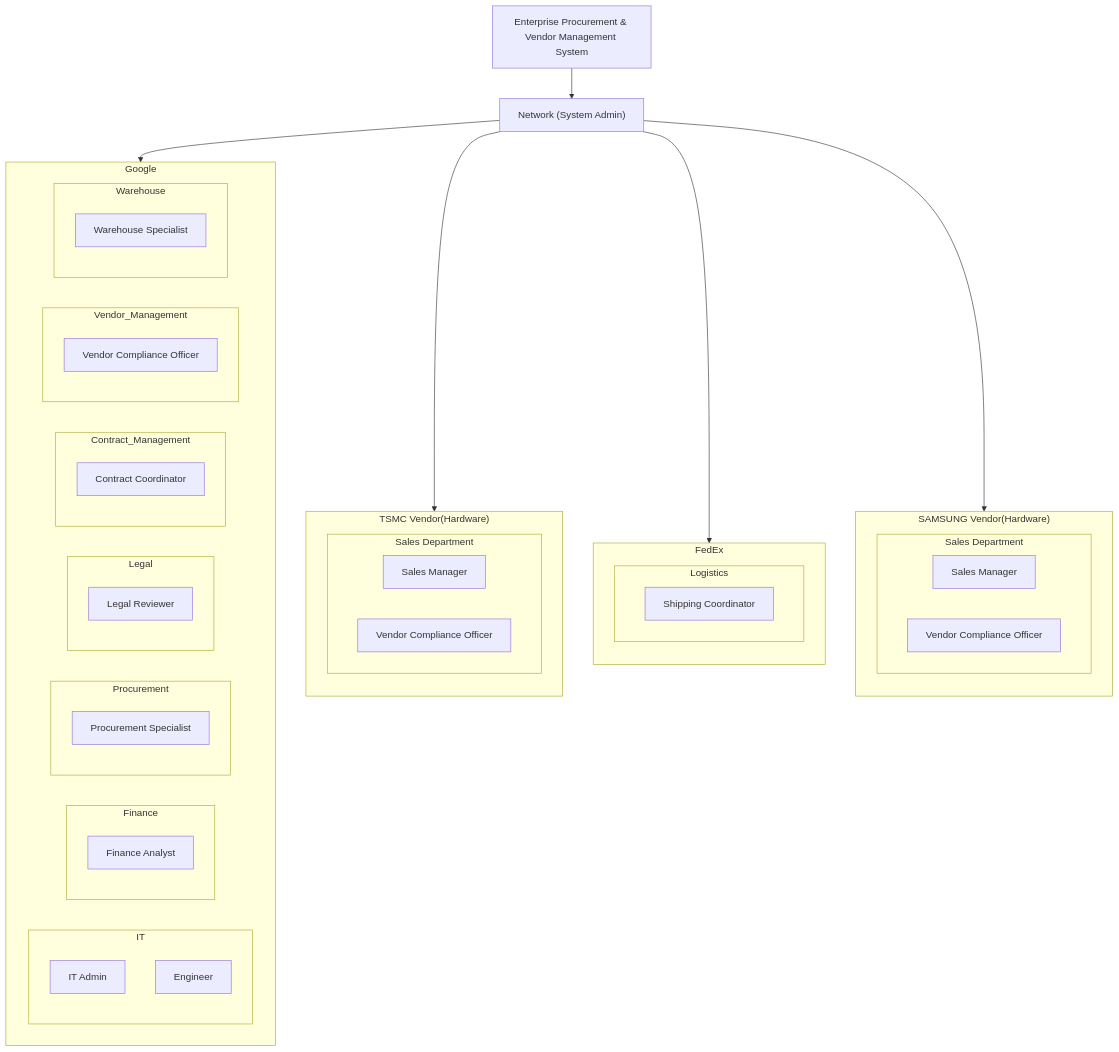
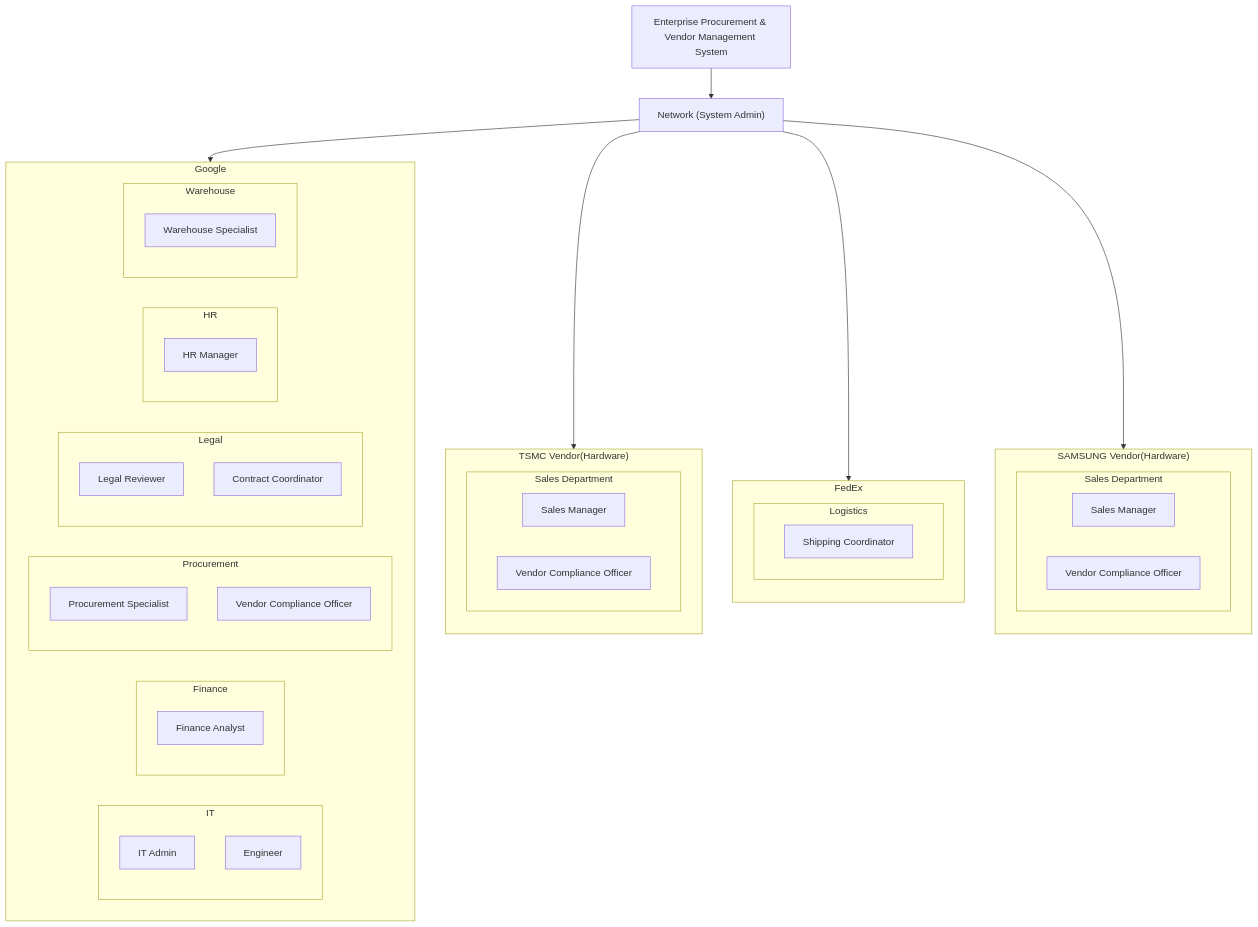
The first of 6 diagrams in README.md (IsaacTai123/procurement_ecosystem), drawn with Mermaid before and after one commit. The commit also changed 17 other files, not shown here.

````diff
--- a/README.md
+++ b/README.md
@@ -5,74 +5,72 @@
 ```mermaid
 flowchart TB
     A[Enterprise Procurement & Vendor Management System] 
     N["Network (System Admin)"]
 
     A --> N
     N --> Google
     N --> TSMC["TSMC Vendor(Hardware)"]
     N --> FedEx
     N --> SAMSUNG["SAMSUNG Vendor(Hardware)"]
 
     %% Google
     subgraph Google
         direction LR
 
         subgraph IT
             A1_1[IT Admin]
             A1_2[Engineer]
         end
 
         subgraph Finance
             A2_1[Finance Analyst]
         end
 
         subgraph Procurement
             A3_1[Procurement Specialist]
+            A3_2[Vendor Compliance Officer]
         end
 
         subgraph Legal
             A4_1[Legal Reviewer]
+            A4_2[Contract Coordinator]
         end
-
-        subgraph Contract_Management
-            A5_1[Contract Coordinator]
-        end
-
-        subgraph Vendor_Management
-            A6_1[Vendor Compliance Officer]
+        
+        subgraph HR
+            A5_1[HR Manager]
         end
 
         subgraph Warehouse
-            A7_1[Warehouse Specialist]
+            A6_1[Warehouse Specialist]
         end
     end
 
     %% TSMC
     subgraph TSMC["TSMC Vendor(Hardware)"]
         direction TB
 
         subgraph TSMC_Sales["Sales Department"]
             B1_1[Sales Manager]
             B1_2[Vendor Compliance Officer]
         end
     end
     
     %% FedEx
     subgraph FedEx
         direction TB
 
         subgraph Logistics
             C1_1[Shipping Coordinator]
         end
     end
     
     %% SAMSUNG
     subgraph SAMSUNG["SAMSUNG Vendor(Hardware)"]
         direction TB
 
         subgraph SAMSUNG_Sales["Sales Department"]
             D1_1[Sales Manager]
             D1_2[Vendor Compliance Officer]
         end
     end
 ```
````
